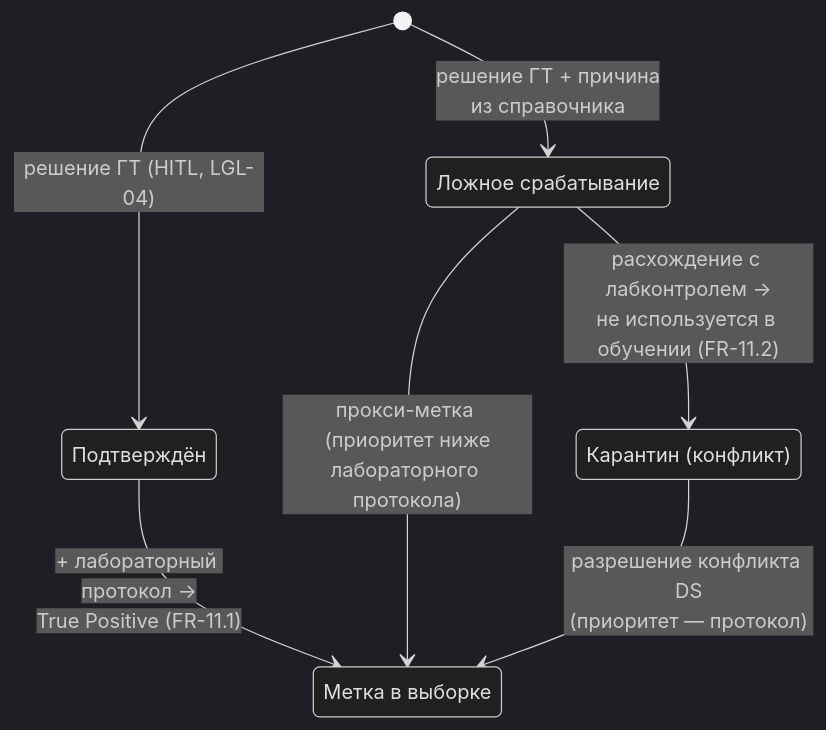
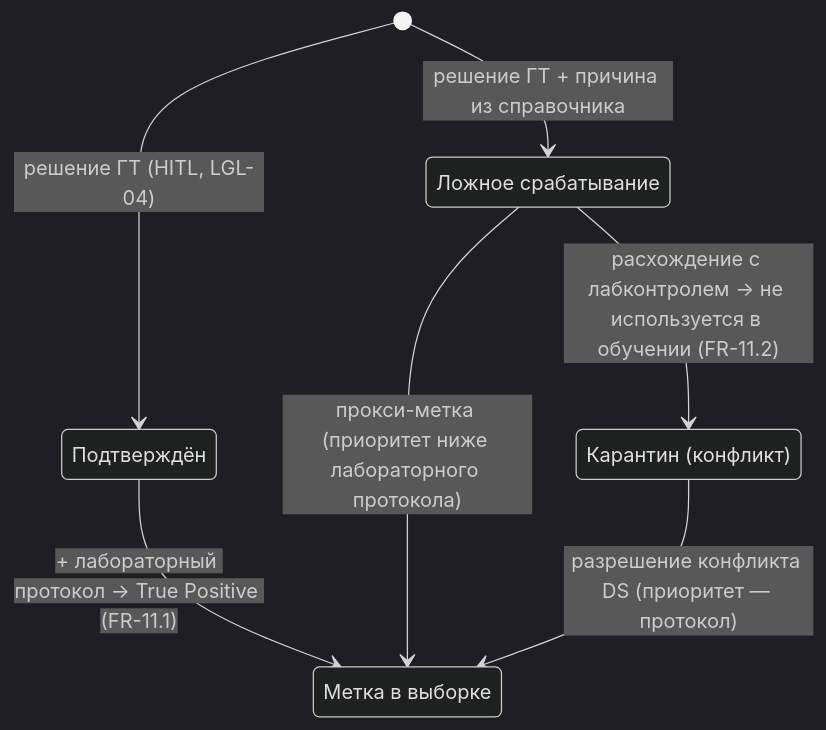
The fourth of 4 diagrams in docs/system_analysis/diagrams/state_incident_alert_task.md (igorvolk1961/water_checker), drawn with Mermaid (dark theme) before and after one commit. The commit also changed other lines of this file and 4 other files, not shown here.

Commit message:
Simplify mermaid labels in sequence/state diagrams to avoid parser tokens (semicolon, br tag)

````diff
--- a/docs/system_analysis/diagrams/state_incident_alert_task.md
+++ b/docs/system_analysis/diagrams/state_incident_alert_task.md
@@ -65,13 +65,13 @@
 ```mermaid
 stateDiagram-v2
     state "Подтверждён" as V1
     state "Ложное срабатывание" as V2
     state "Метка в выборке" as V3
     state "Карантин (конфликт)" as V4
     [*] --> V1 : решение ГТ (HITL, LGL-04)
-    [*] --> V2 : решение ГТ + причина<br/>из справочника
-    V1 --> V3 : + лабораторный протокол →<br/>True Positive (FR-11.1)
-    V2 --> V3 : прокси-метка (приоритет ниже<br/>лабораторного протокола)
-    V2 --> V4 : расхождение с лабконтролем →<br/>не используется в обучении (FR-11.2)
-    V4 --> V3 : разрешение конфликта DS<br/>(приоритет — протокол)
+    [*] --> V2 : решение ГТ + причина из справочника
+    V1 --> V3 : + лабораторный протокол → True Positive (FR-11.1)
+    V2 --> V3 : прокси-метка (приоритет ниже лабораторного протокола)
+    V2 --> V4 : расхождение с лабконтролем → не используется в обучении (FR-11.2)
+    V4 --> V3 : разрешение конфликта DS (приоритет — протокол)
 ```
````
